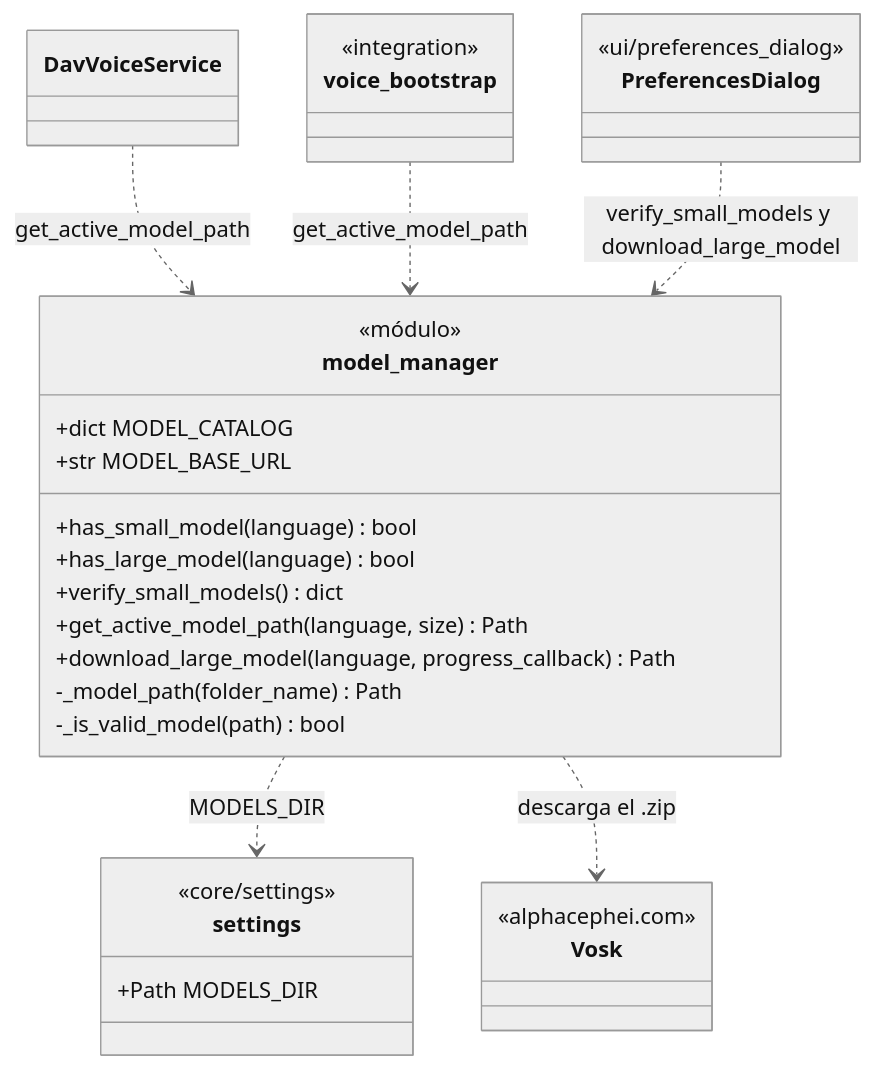
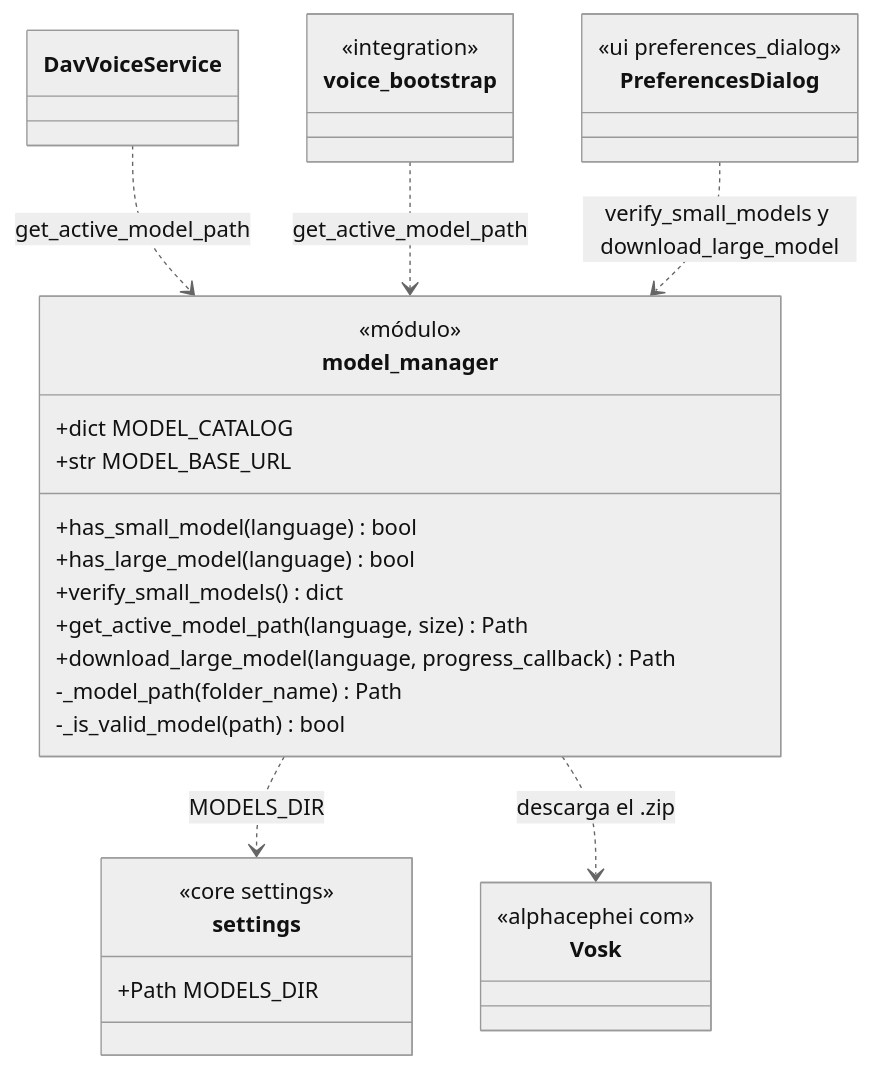
The first of 2 diagrams in Dav/docs/diagramas/ModelManager.md (DAv-Project-Team-UADER/DAV), drawn with Mermaid (neutral theme) before and after one commit. The commit also changed 12 other files, not shown here.

First line of the commit message:
Docs: revamp dic/CONTEXT and fix diagrams

````diff
--- a/Dav/docs/diagramas/ModelManager.md
+++ b/Dav/docs/diagramas/ModelManager.md
@@ -9,39 +9,39 @@
 ```mermaid
 classDiagram
     class model_manager {
         <<módulo>>
         +dict MODEL_CATALOG
         +str MODEL_BASE_URL
         +has_small_model(language) bool
         +has_large_model(language) bool
         +verify_small_models() dict
         +get_active_model_path(language, size) Path
         +download_large_model(language, progress_callback) Path
         -_model_path(folder_name) Path
         -_is_valid_model(path) bool
     }
 
     class settings {
-        <<core/settings>>
+        <<core settings>>
         +Path MODELS_DIR
     }
 
     class DavVoiceService
     class voice_bootstrap {
         <<integration>>
     }
 
     class PreferencesDialog {
-        <<ui/preferences_dialog>>
+        <<ui preferences_dialog>>
     }
 
     class Vosk {
-        <<alphacephei.com>>
+        <<alphacephei com>>
     }
 
     model_manager ..> settings : MODELS_DIR
     DavVoiceService ..> model_manager : get_active_model_path
     voice_bootstrap ..> model_manager : get_active_model_path
     PreferencesDialog ..> model_manager : verify_small_models y download_large_model
     model_manager ..> Vosk : descarga el .zip
 ```
````
